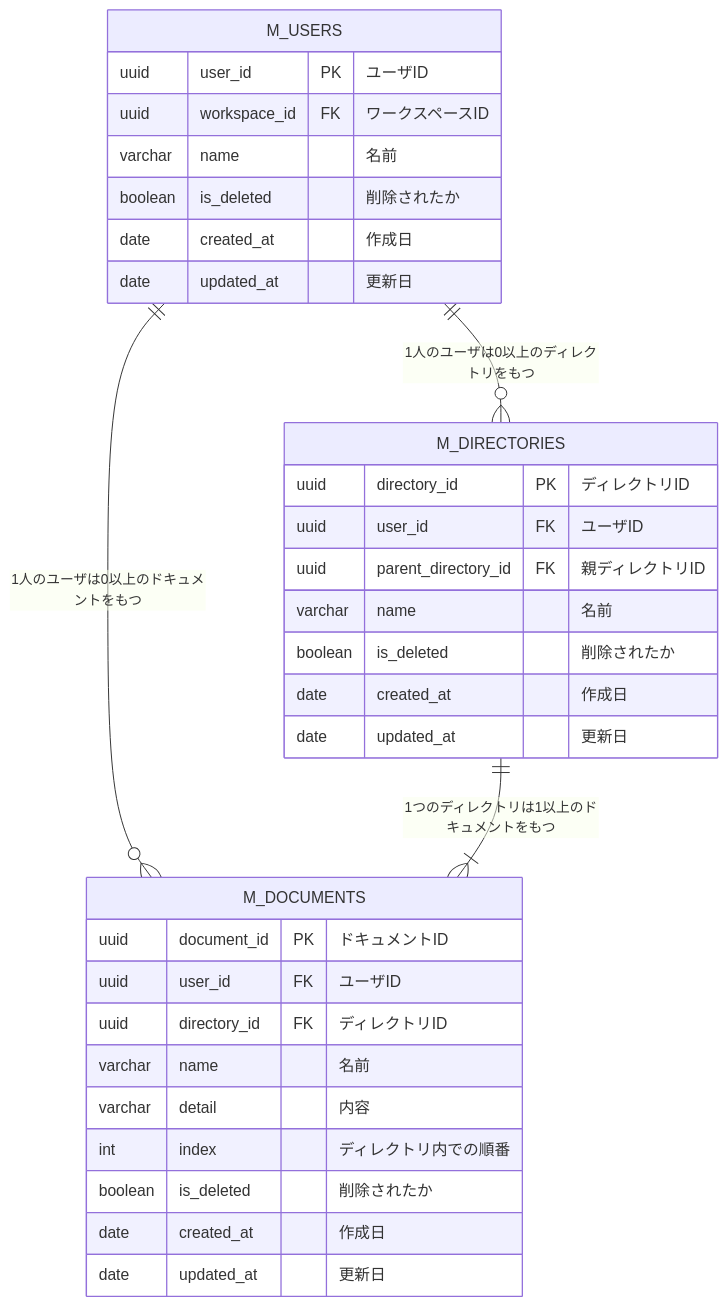
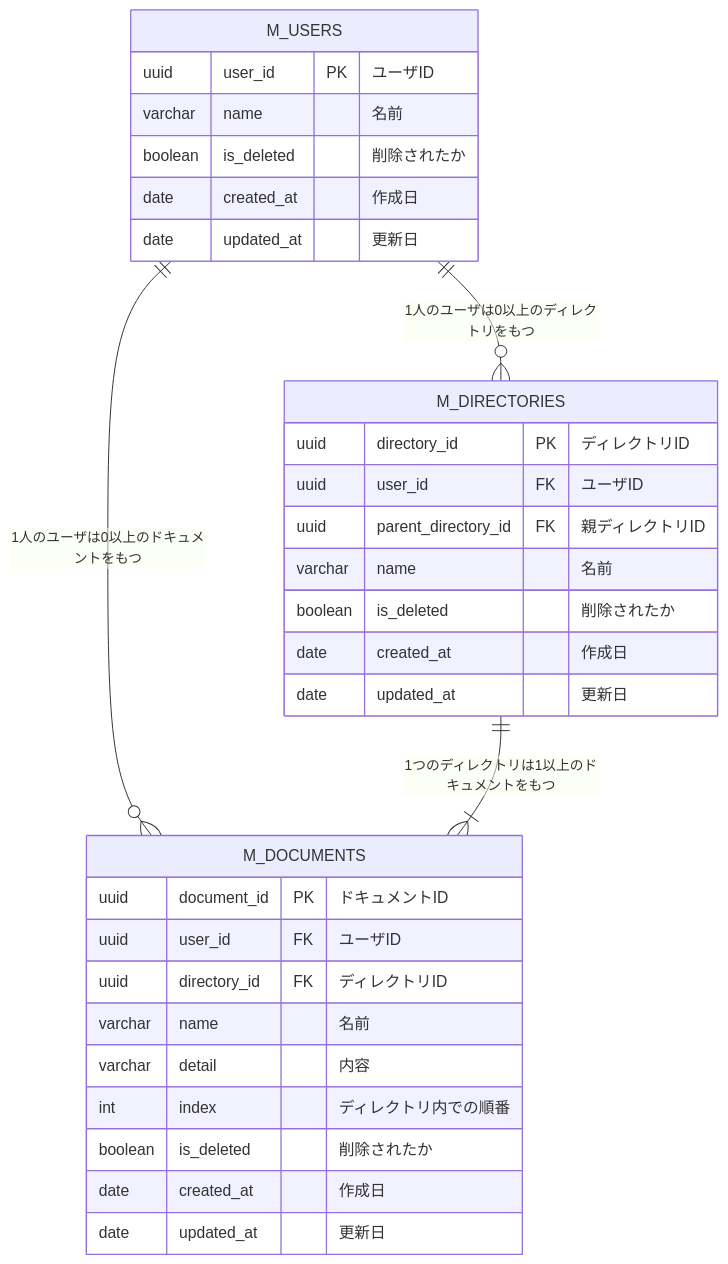
One commit to praha-inc/praha-challenge-7 changed the diagram in F0yWy8HaLlWoST/01_データベース設計/03_DBモデリング3/kadai_02.md. Above: the diagram before and after it, drawn with Mermaid. The commit also changed 1 other file, not shown here.

Commit message:
fix: workspace_id削除

````diff
--- a/F0yWy8HaLlWoST/01_データベース設計/03_DBモデリング3/kadai_02.md
+++ b/F0yWy8HaLlWoST/01_データベース設計/03_DBモデリング3/kadai_02.md
@@ -3,38 +3,37 @@
 ```mermaid
 erDiagram
 
   M_USERS {
     uuid user_id PK "ユーザID"
-    uuid workspace_id FK "<Not null> ワークスペースID"
     varchar name "<Not null> 名前"
     boolean is_deleted "<Not null> 削除されたか"
     date created_at "<Not null> 作成日"
     date updated_at "更新日"
   }
 
   M_DIRECTORIES {
     uuid directory_id PK "ディレクトリID"
     uuid user_id FK "<Not null> ユーザID"
     uuid parent_directory_id FK "<Not null><default: root> 親ディレクトリID"
     varchar name "<Not null> 名前"
     boolean is_deleted "<Not null> 削除されたか"
     date created_at "<Not null> 作成日"
     date updated_at "更新日"
   }
 
   M_DOCUMENTS {
     uuid document_id PK "ドキュメントID"
     uuid user_id FK "<Not null> ユーザID"
     uuid directory_id FK "<Not null><default: root> ディレクトリID"
     varchar name "<Not null> 名前"
     varchar detail "<Not null> 内容"
     int index "<Not null><default: 最大index+1> ディレクトリ内での順番"
     boolean is_deleted "<Not null> 削除されたか"
     date created_at "<Not null> 作成日"
     date updated_at "更新日"
   }
 
   M_USERS ||--o{ M_DIRECTORIES: "1人のユーザは0以上のディレクトリをもつ"
   M_USERS ||--o{ M_DOCUMENTS: "1人のユーザは0以上のドキュメントをもつ"
   M_DIRECTORIES ||--|{ M_DOCUMENTS: "1つのディレクトリは1以上のドキュメントをもつ"
 ```
````
